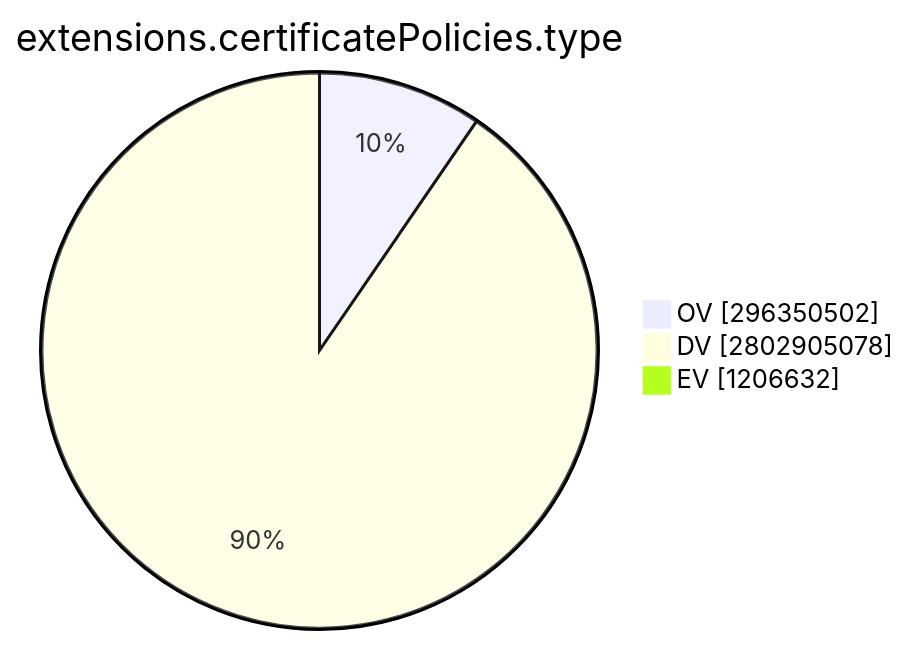
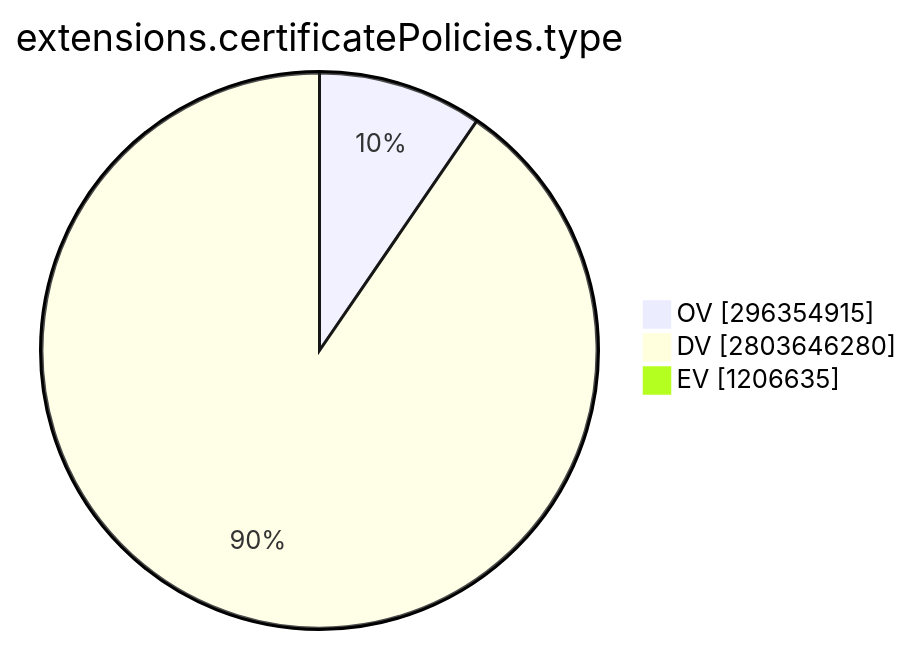
Before and after one commit to christiankrug/ctmonitor_visualization: the ninth of 15 diagrams in TOTAL/README.md, drawn with Mermaid. The commit also changed other lines of this file, not shown here.

````diff
--- a/TOTAL/README.md
+++ b/TOTAL/README.md
@@ -3099,7 +3099,7 @@
 ```mermaid
 pie showData
 title extensions.certificatePolicies.type
-"OV" :296350502
-"DV" :2802905078
-"EV" :1206632
+"OV" :296354915
+"DV" :2803646280
+"EV" :1206635
 ```
````
